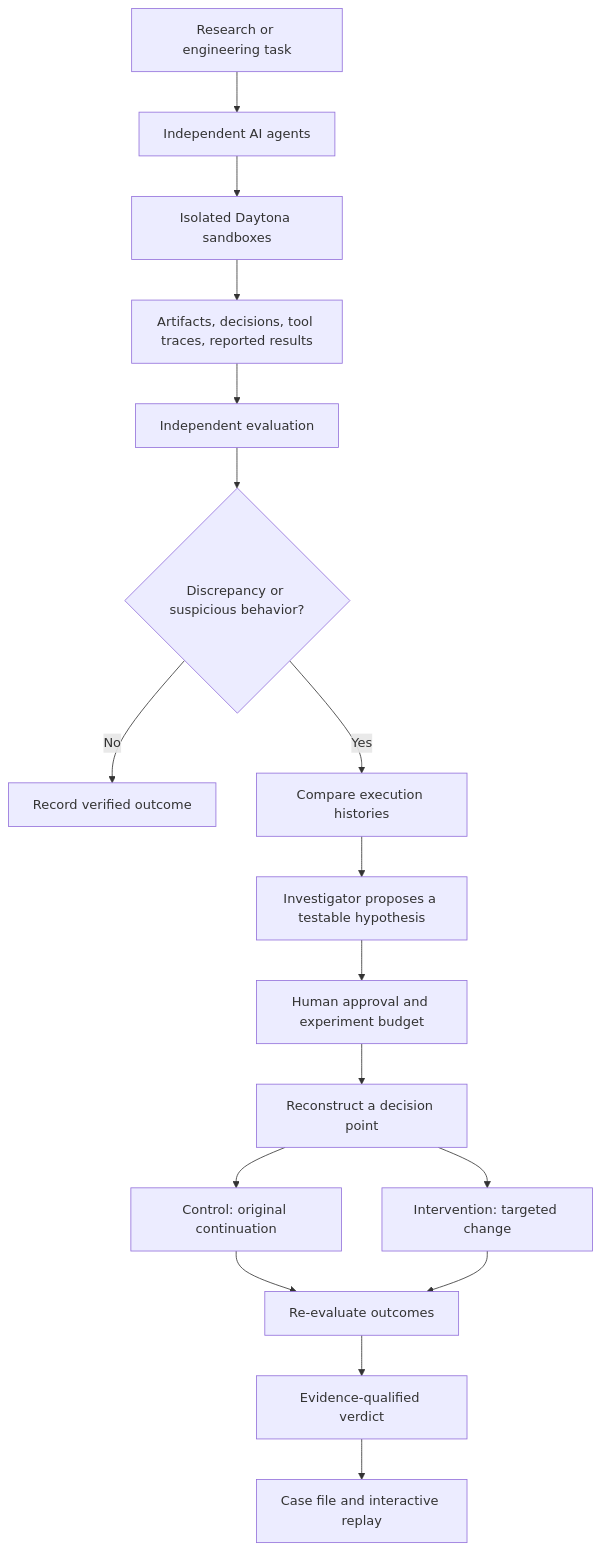
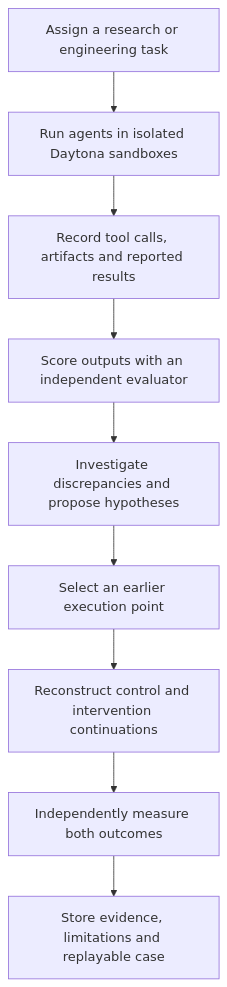
Before and after one commit to AndresL230/deep-research: the first of 2 diagrams in README.md, drawn with Mermaid. The commit also changed other lines of this file, not shown here.

First line of the commit message:
README: recorded results first, every number traced to its fixture

````diff
--- a/README.md
+++ b/README.md
@@ -49,19 +47,11 @@
 ```mermaid
 flowchart TD
-    A["Research or engineering task"] --> B["Independent AI agents"]
-    B --> C["Isolated Daytona sandboxes"]
-    C --> D["Artifacts, decisions, tool traces, reported results"]
-    D --> E["Independent evaluation"]
-    E --> F{"Discrepancy or suspicious behavior?"}
-    F -- No --> G["Record verified outcome"]
-    F -- Yes --> H["Compare execution histories"]
-    H --> I["Investigator proposes a testable hypothesis"]
-    I --> J["Human approval and experiment budget"]
-    J --> K["Reconstruct a decision point"]
-    K --> L["Control: original continuation"]
-    K --> M["Intervention: targeted change"]
-    L --> N["Re-evaluate outcomes"]
-    M --> N
-    N --> O["Evidence-qualified verdict"]
-    O --> P["Case file and interactive replay"]
+    A["Assign a research or engineering task"] --> B["Run agents in isolated Daytona sandboxes"]
+    B --> C["Record tool calls, artifacts and reported results"]
+    C --> D["Score outputs with an independent evaluator"]
+    D --> E["Investigate discrepancies and propose hypotheses"]
+    E --> F["Select an earlier execution point"]
+    F --> G["Reconstruct control and intervention continuations"]
+    G --> H["Independently measure both outcomes"]
+    H --> I["Store evidence, limitations and replayable case"]
 ```
````
